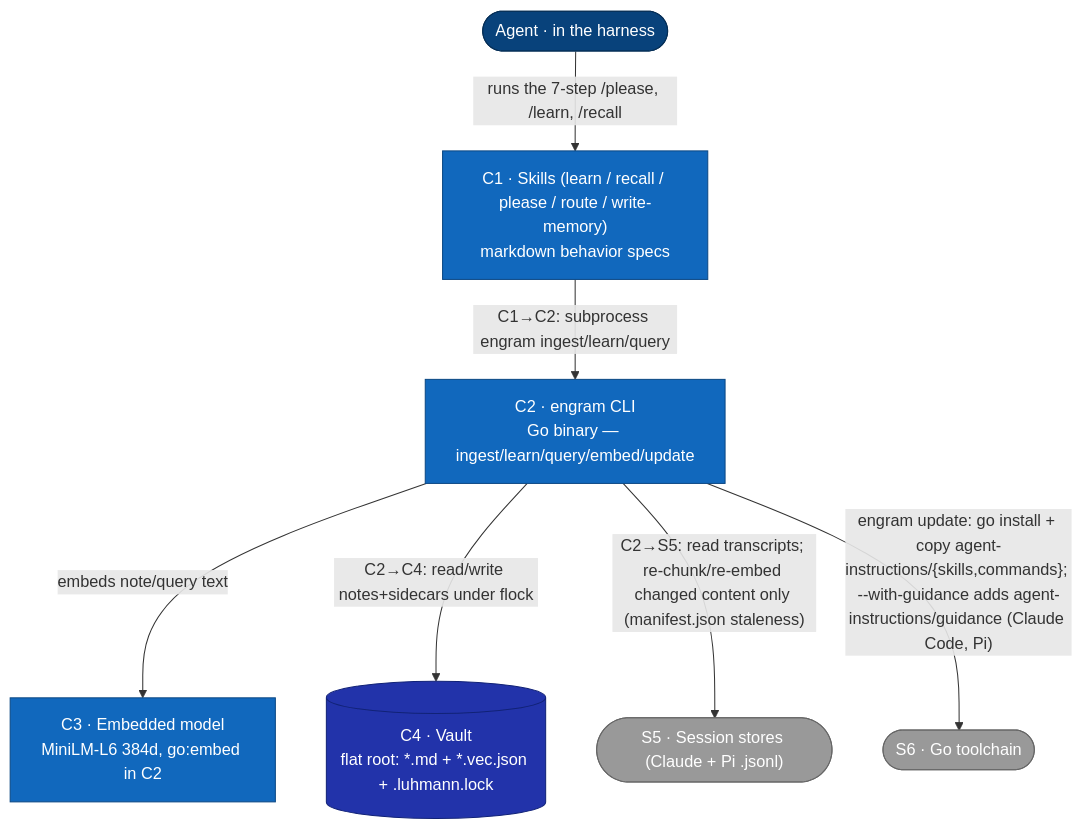
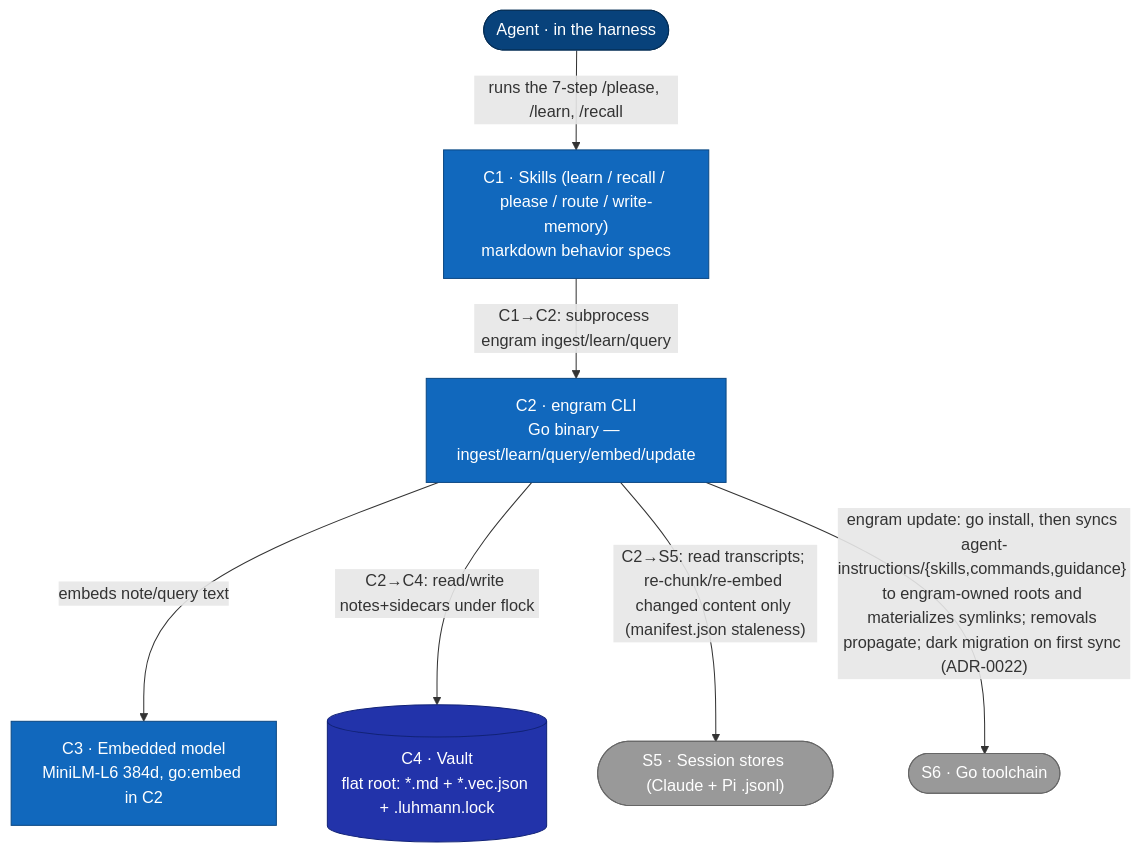
The first of 8 diagrams in docs/architecture/c2-containers.md (toejough/engram), drawn with Mermaid before and after one commit. The commit also changed other lines of this file and 33 other files, not shown here.

````diff
--- a/docs/architecture/c2-containers.md
+++ b/docs/architecture/c2-containers.md
@@ -10,27 +10,27 @@
 ```mermaid
 flowchart TB
     classDef person    fill:#08427b,stroke:#052e56,color:#fff
     classDef external  fill:#999,   stroke:#666,   color:#fff
     classDef container fill:#1168bd,stroke:#0b4884,color:#fff
     classDef store     fill:#23a,   stroke:#127,   color:#fff
 
     agent([Agent · in the harness])
     skills["C1 · Skills (learn / recall / please / route / write-memory)<br/>markdown behavior specs"]
     cli["C2 · engram CLI<br/>Go binary — ingest/learn/query/embed/update"]
     model["C3 · Embedded model<br/>MiniLM-L6 384d, go:embed in C2"]
     vault[("C4 · Vault<br/>flat root: *.md + *.vec.json + .luhmann.lock")]
     sessions(["S5 · Session stores (Claude + Pi .jsonl)"])
     gotool(["S6 · Go toolchain"])
 
     agent -->|"runs the 7-step /please, /learn, /recall"| skills
     skills -->|"C1→C2: subprocess engram ingest/learn/query"| cli
     cli -->|"embeds note/query text"| model
     cli -->|"C2→C4: read/write notes+sidecars under flock"| vault
     cli -->|"C2→S5: read transcripts; re-chunk/re-embed changed content only (manifest.json staleness)"| sessions
-    cli -->|"engram update: go install + copy agent-instructions/{skills,commands}; --with-guidance adds agent-instructions/guidance (Claude Code, Pi)"| gotool
+    cli -->|"engram update: go install, then syncs agent-instructions/{skills,commands,guidance} to engram-owned roots and materializes symlinks; removals propagate; dark migration on first sync (ADR-0022)"| gotool
 
     class agent person
     class skills,cli,model container
     class vault store
     class sessions,gotool external
 ```
````
